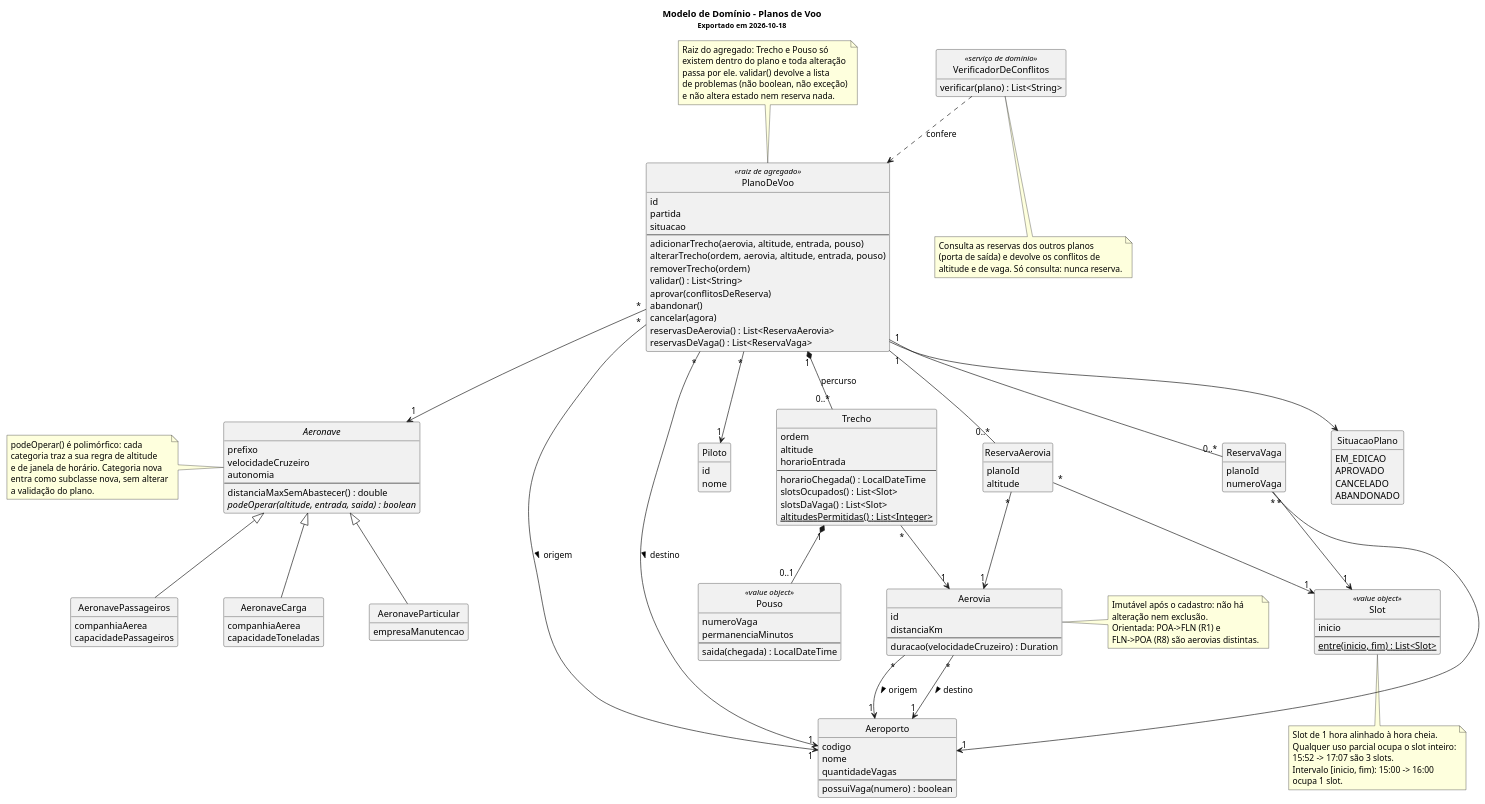
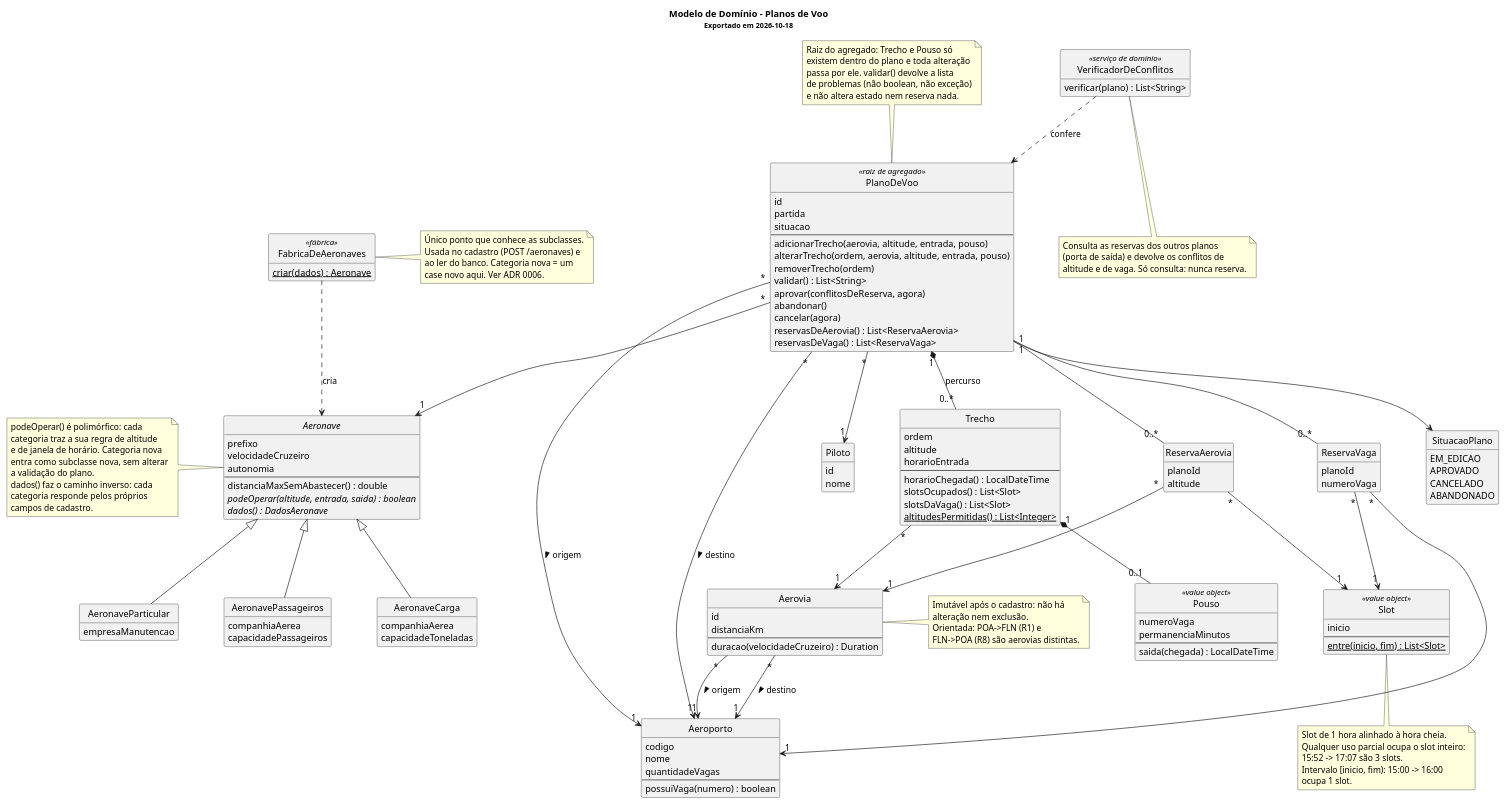
Before and after one commit to antoniocosta0/trabalho-projaq: the diagram in docs/dominio/modelo-dominio.puml, drawn with PlantUML. The commit also changed 4 other files, not shown here.

First line of the commit message:
docs: sync the diagrams with the code and embed them in the readme

```diff
--- a/docs/dominio/modelo-dominio.puml
+++ b/docs/dominio/modelo-dominio.puml
@@ -1,182 +1,199 @@
 @startuml
 ' Modelo de domínio - Sistema de Gestão de Planos de Voo
 ' PUCRS - Projeto e Arquitetura de Software - 2026/2 - turma 340
 ' Entrega de 05/10. Fonte versionada; o .png é exportado deste arquivo.
 
 title
   Modelo de Domínio - Planos de Voo
   <size:11>Exportado em 2026-10-18</size>
 end title
 hide circle
 hide empty members
 skinparam classAttributeIconSize 0
 skinparam shadowing false
 skinparam nodesep 70
 skinparam ranksep 70
 
 class Aeroporto {
   codigo
   nome
   quantidadeVagas
   --
   possuiVaga(numero) : boolean
 }
 
 class Aerovia {
   id
   distanciaKm
   --
   duracao(velocidadeCruzeiro) : Duration
 }
 
 note right of Aerovia
   Imutável após o cadastro: não há
   alteração nem exclusão.
   Orientada: POA->FLN (R1) e
   FLN->POA (R8) são aerovias distintas.
 end note
 
 class Piloto {
   id
   nome
 }
 
 abstract class Aeronave {
   prefixo
   velocidadeCruzeiro
   autonomia
   --
   distanciaMaxSemAbastecer() : double
   {abstract} podeOperar(altitude, entrada, saida) : boolean
+  {abstract} dados() : DadosAeronave
+}
+
+class FabricaDeAeronaves <<fábrica>> {
+  {static} criar(dados) : Aeronave
 }
 
 note left of Aeronave
   podeOperar() é polimórfico: cada
   categoria traz a sua regra de altitude
   e de janela de horário. Categoria nova
   entra como subclasse nova, sem alterar
   a validação do plano.
+  dados() faz o caminho inverso: cada
+  categoria responde pelos próprios
+  campos de cadastro.
 end note
+
+note right of FabricaDeAeronaves
+  Único ponto que conhece as subclasses.
+  Usada no cadastro (POST /aeronaves) e
+  ao ler do banco. Categoria nova = um
+  case novo aqui. Ver ADR 0006.
+end note
+
+FabricaDeAeronaves ..> Aeronave : cria
 
 class AeronaveParticular {
   empresaManutencao
 }
 
 class AeronavePassageiros {
   companhiaAerea
   capacidadePassageiros
 }
 
 class AeronaveCarga {
   companhiaAerea
   capacidadeToneladas
 }
 
 class PlanoDeVoo <<raiz de agregado>> {
   id
   partida
   situacao
   --
   adicionarTrecho(aerovia, altitude, entrada, pouso)
   alterarTrecho(ordem, aerovia, altitude, entrada, pouso)
   removerTrecho(ordem)
   validar() : List<String>
-  aprovar(conflitosDeReserva)
+  aprovar(conflitosDeReserva, agora)
   abandonar()
   cancelar(agora)
   reservasDeAerovia() : List<ReservaAerovia>
   reservasDeVaga() : List<ReservaVaga>
 }
 
 note top of PlanoDeVoo
   Raiz do agregado: Trecho e Pouso só
   existem dentro do plano e toda alteração
   passa por ele. validar() devolve a lista
   de problemas (não boolean, não exceção)
   e não altera estado nem reserva nada.
 end note
 
 class Trecho {
   ordem
   altitude
   horarioEntrada
   --
   horarioChegada() : LocalDateTime
   slotsOcupados() : List<Slot>
   slotsDaVaga() : List<Slot>
   {static} altitudesPermitidas() : List<Integer>
 }
 
 class Pouso <<value object>> {
   numeroVaga
   permanenciaMinutos
   --
   saida(chegada) : LocalDateTime
 }
 
 class Slot <<value object>> {
   inicio
   --
   {static} entre(inicio, fim) : List<Slot>
 }
 
 note bottom of Slot
   Slot de 1 hora alinhado à hora cheia.
   Qualquer uso parcial ocupa o slot inteiro:
   15:52 -> 17:07 são 3 slots.
   Intervalo [inicio, fim): 15:00 -> 16:00
   ocupa 1 slot.
 end note
 
 class ReservaAerovia {
   planoId
   altitude
 }
 
 class ReservaVaga {
   planoId
   numeroVaga
 }
 
 class VerificadorDeConflitos <<serviço de domínio>> {
   verificar(plano) : List<String>
 }
 
 note bottom of VerificadorDeConflitos
   Consulta as reservas dos outros planos
   (porta de saída) e devolve os conflitos de
   altitude e de vaga. Só consulta: nunca reserva.
 end note
 
 enum SituacaoPlano {
   EM_EDICAO
   APROVADO
   CANCELADO
   ABANDONADO
 }
 
 Aerovia "*" --> "1" Aeroporto : origem >
 Aerovia "*" --> "1" Aeroporto : destino >
 
 Aeronave <|-- AeronaveParticular
 Aeronave <|-- AeronavePassageiros
 Aeronave <|-- AeronaveCarga
 
 PlanoDeVoo "*" --> "1" Piloto
 PlanoDeVoo "*" --> "1" Aeronave
 PlanoDeVoo "*" --> "1" Aeroporto : origem >
 PlanoDeVoo "*" --> "1" Aeroporto : destino >
 PlanoDeVoo --> SituacaoPlano
 PlanoDeVoo "1" *-- "0..*" Trecho : percurso
 Trecho "*" --> "1" Aerovia
 Trecho "1" *-- "0..1" Pouso
 
 PlanoDeVoo "1" -- "0..*" ReservaAerovia
 PlanoDeVoo "1" -- "0..*" ReservaVaga
 ReservaAerovia "*" --> "1" Aerovia
 ReservaAerovia "*" --> "1" Slot
 ReservaVaga "*" --> "1" Aeroporto
 ReservaVaga "*" --> "1" Slot
 VerificadorDeConflitos ..> PlanoDeVoo : confere
 
 @enduml
```
